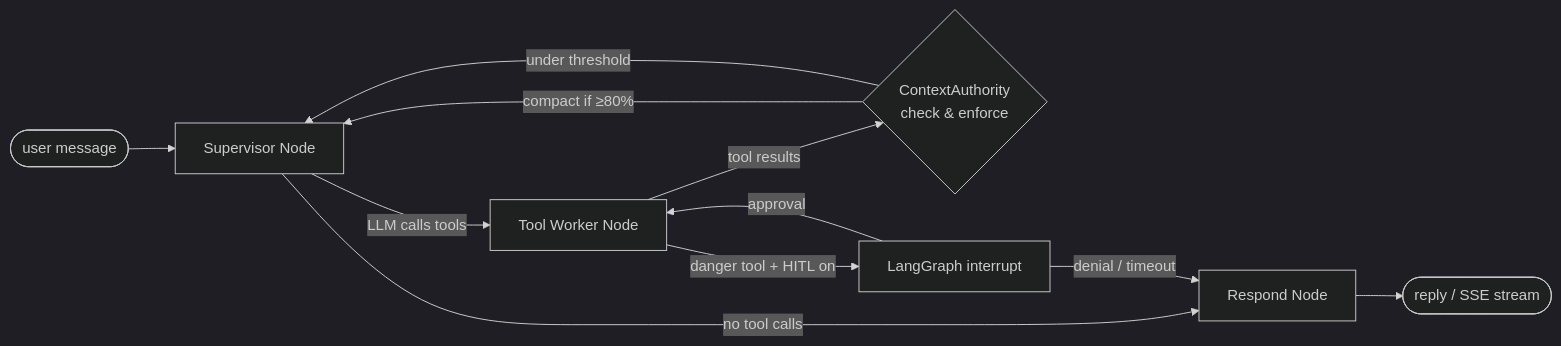
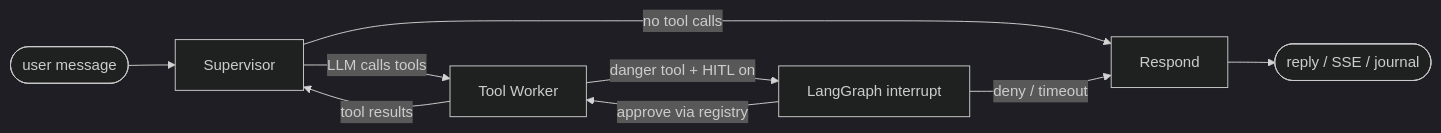
Before and after one commit to Mubder/kazma: the first of 3 diagrams in docs/docs/guide/architecture.md, drawn with Mermaid (dark theme). The commit also changed other lines of this file and 4 other files, not shown here.

First line of the commit message:
docs: refresh AGENTS.md and architecture.md to 2026-09 state

````diff
--- a/docs/docs/guide/architecture.md
+++ b/docs/docs/guide/architecture.md
@@ -54,13 +63,11 @@
 ```mermaid
 flowchart LR
-    START([user message]) --> SUP[Supervisor Node]
-    SUP -- "LLM calls tools" --> TW[Tool Worker Node]
-    TW -- "tool results" --> AUTH{ContextAuthority<br/>check & enforce}
-    AUTH -- "compact if ≥80%" --> SUP
-    AUTH -- "under threshold" --> SUP
-    SUP -- "no tool calls" --> RESP[Respond Node]
-    RESP --> END([reply / SSE stream])
+    START([user message]) --> SUP[Supervisor]
+    SUP -- "LLM calls tools" --> TW[Tool Worker]
+    TW -- "tool results" --> SUP
+    SUP -- "no tool calls" --> RESP[Respond]
+    RESP --> END([reply / SSE / journal])
     TW -- "danger tool + HITL on" --> INT[LangGraph interrupt]
-    INT -- "approval" --> TW
-    INT -- "denial / timeout" --> RESP
+    INT -- "approve via registry" --> TW
+    INT -- "deny / timeout" --> RESP
 ```
````
